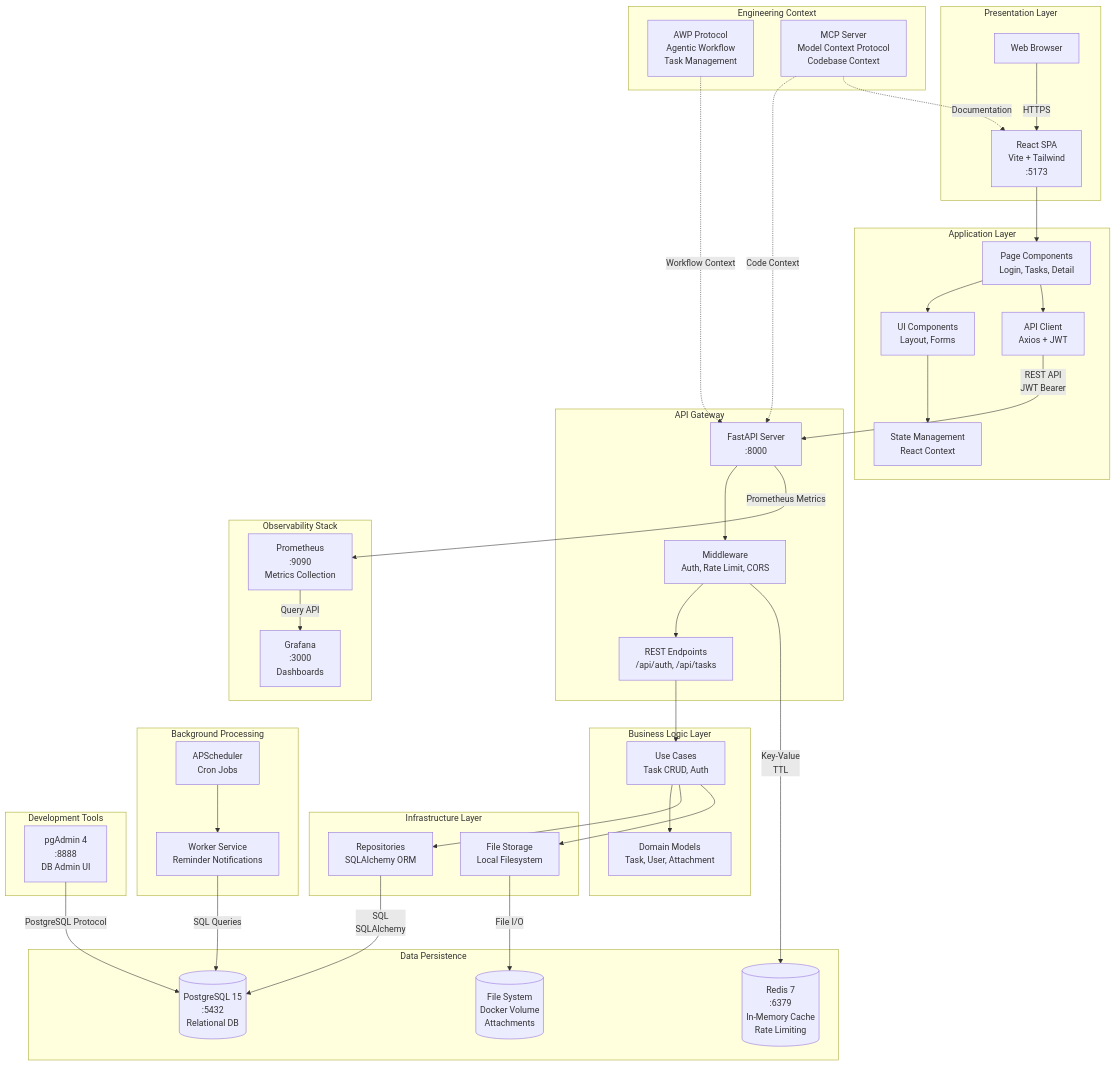
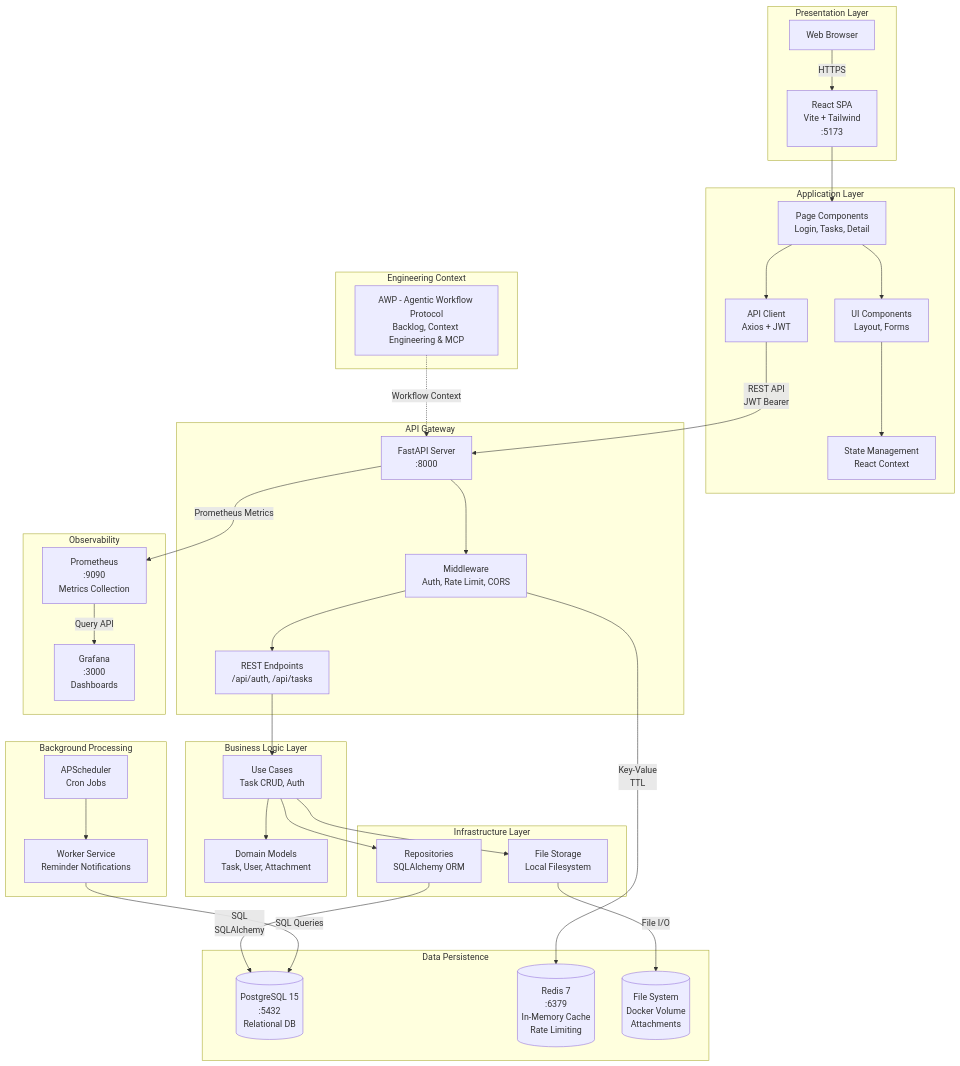
Before and after one commit to michaelwybraniec/deepsee: the diagram in README.md, drawn with Mermaid. The commit also changed other lines of this file, not shown here.

Commit message:
docs: align architecture diagram with requirements.md
- Removed MCP Server as separate element, consolidated into AWP description
- Removed pgAdmin (development tool, not in requirements)
- Updated AWP description to include Backlog, Context Engineering & MCP
- Kept only components required by requirements.md
- Removed pgAdmin from Service Access section

````diff
--- a/README.md
+++ b/README.md
@@ -94,7 +94,7 @@
         Worker -->|SQL Queries| PostgreSQL
     end
     
-    subgraph Monitoring["Observability Stack"]
+    subgraph Monitoring["Observability"]
         Prometheus["Prometheus<br/>:9090<br/>Metrics Collection"]
         Grafana["Grafana<br/>:3000<br/>Dashboards"]
         
@@ -102,18 +102,9 @@
         Prometheus -->|Query API| Grafana
     end
     
-    subgraph DevTools["Development Tools"]
-        pgAdmin["pgAdmin 4<br/>:8888<br/>DB Admin UI"]
-        
-        pgAdmin -->|PostgreSQL Protocol| PostgreSQL
-    end
-    
     subgraph Engineering["Engineering Context"]
-        AWP["AWP Protocol<br/>Agentic Workflow<br/>Task Management"]
-        MCP["MCP Server<br/>Model Context Protocol<br/>Codebase Context"]
+        AWP["AWP - Agentic Workflow Protocol<br/>Backlog, Context Engineering & MCP"]
         
         AWP -.->|Workflow Context| FastAPI
-        MCP -.->|Code Context| FastAPI
-        MCP -.->|Documentation| React
     end
 ```
````
